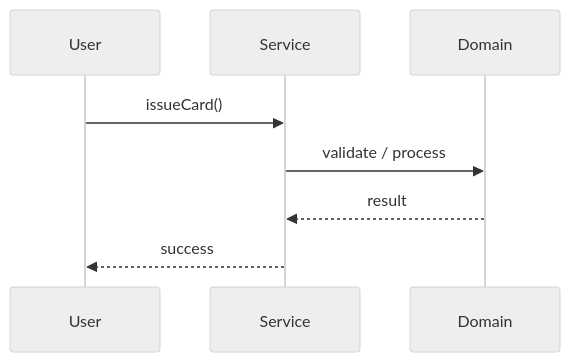
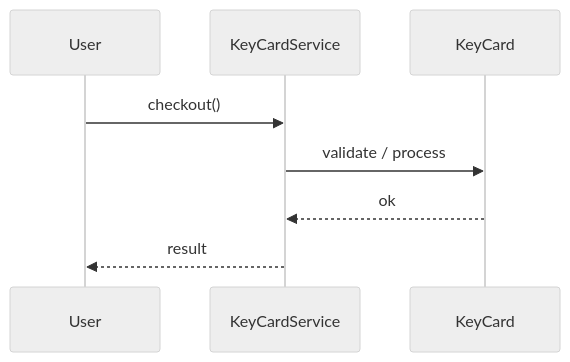
Before and after one commit to madhupaila/Interview-Prep-SSE: the second of 3 diagrams in Learn/System Design - Low Level Design/02-classic-ood/questions/Q31-hotel-key-card.md, drawn with Mermaid (neutral theme). The commit also changed other lines of this file and 491 other files, not shown here.

````diff
--- a/Learn/System Design - Low Level Design/02-classic-ood/questions/Q31-hotel-key-card.md
+++ b/Learn/System Design - Low Level Design/02-classic-ood/questions/Q31-hotel-key-card.md
@@ -122,10 +146,10 @@
 ```mermaid
 sequenceDiagram
-    participant U as User
-    participant S as Service
-    participant D as Domain
-    U->>S: issueCard()
-    S->>D: validate / process
-    D-->>S: result
-    S-->>U: success
+participant U as User
+participant S as KeyCardService
+participant D as KeyCard
+U->>S: checkout()
+S->>D: validate / process
+D-->>S: ok
+S-->>U: result
 ```
````
